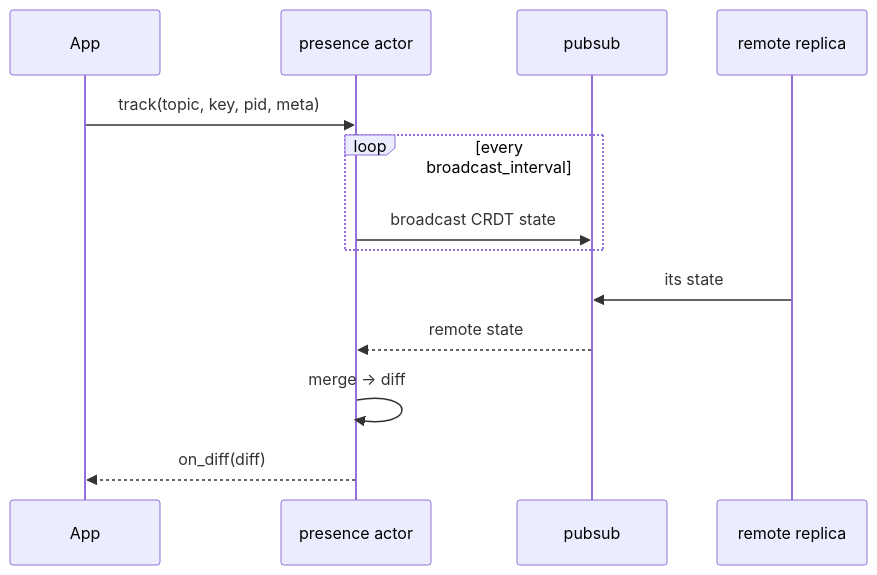
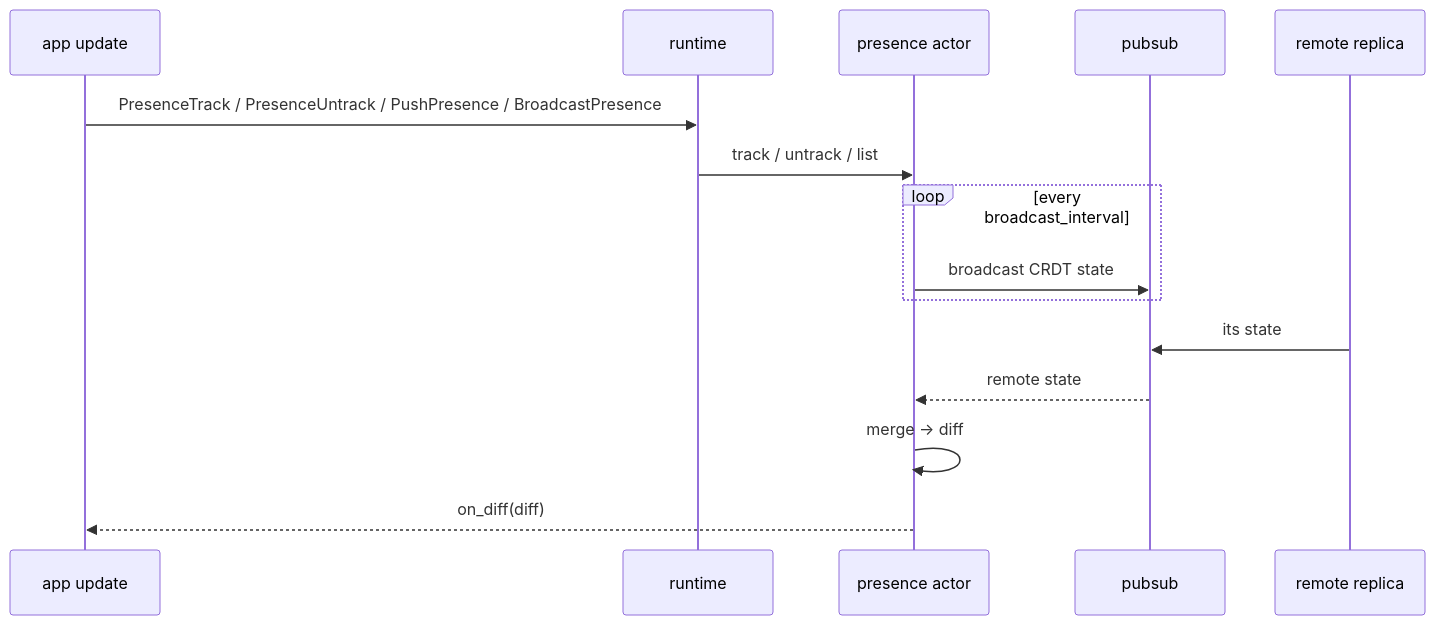
The diagram in website/src/content/docs/architecture/presence.md (tylerbutler/beryl), drawn with Mermaid before and after one commit. The commit also changed other lines of this file and 52 other files, not shown here.

````diff
--- a/website/src/content/docs/architecture/presence.md
+++ b/website/src/content/docs/architecture/presence.md
@@ -67,15 +80,17 @@
 ```mermaid
 sequenceDiagram
-  participant App
+  participant App as app update
+  participant Runtime as runtime
   participant Pres as presence actor
   participant PS as pubsub
   participant Remote as remote replica
-  App->>Pres: track(topic, key, pid, meta)
+  App->>Runtime: PresenceTrack / PresenceUntrack / PushPresence / BroadcastPresence
+  Runtime->>Pres: track / untrack / list
   loop every broadcast_interval
     Pres->>PS: broadcast CRDT state
   end
   Remote->>PS: its state
   PS-->>Pres: remote state
   Pres->>Pres: merge -> diff
   Pres-->>App: on_diff(diff)
 ```
````
